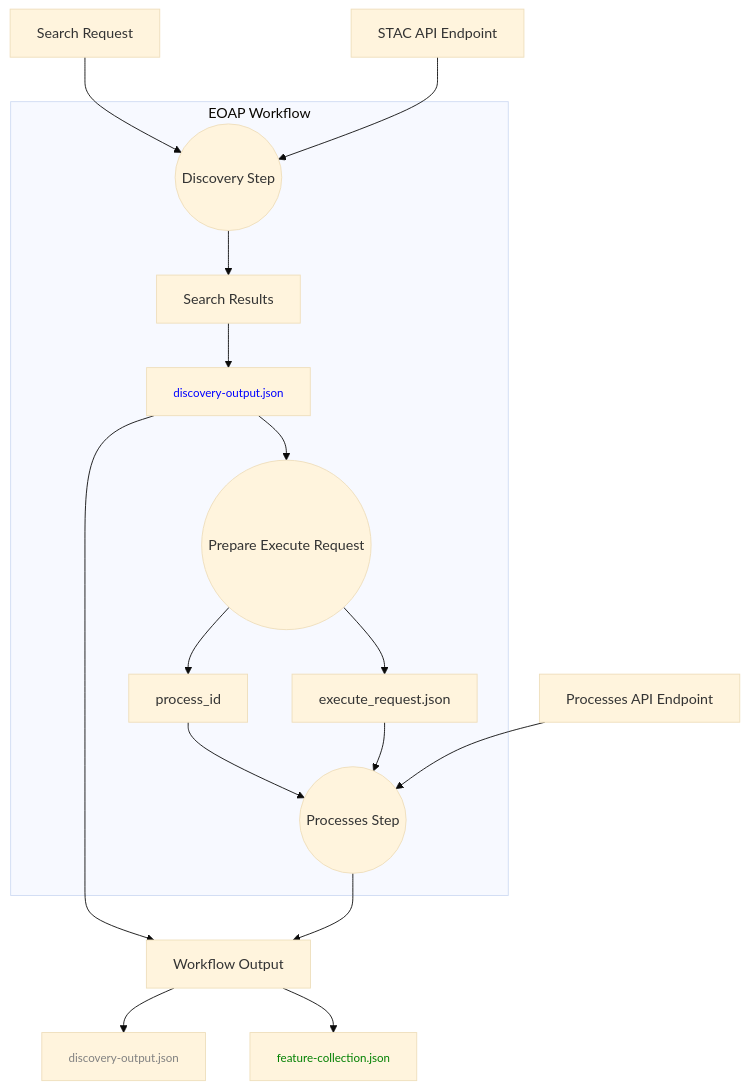
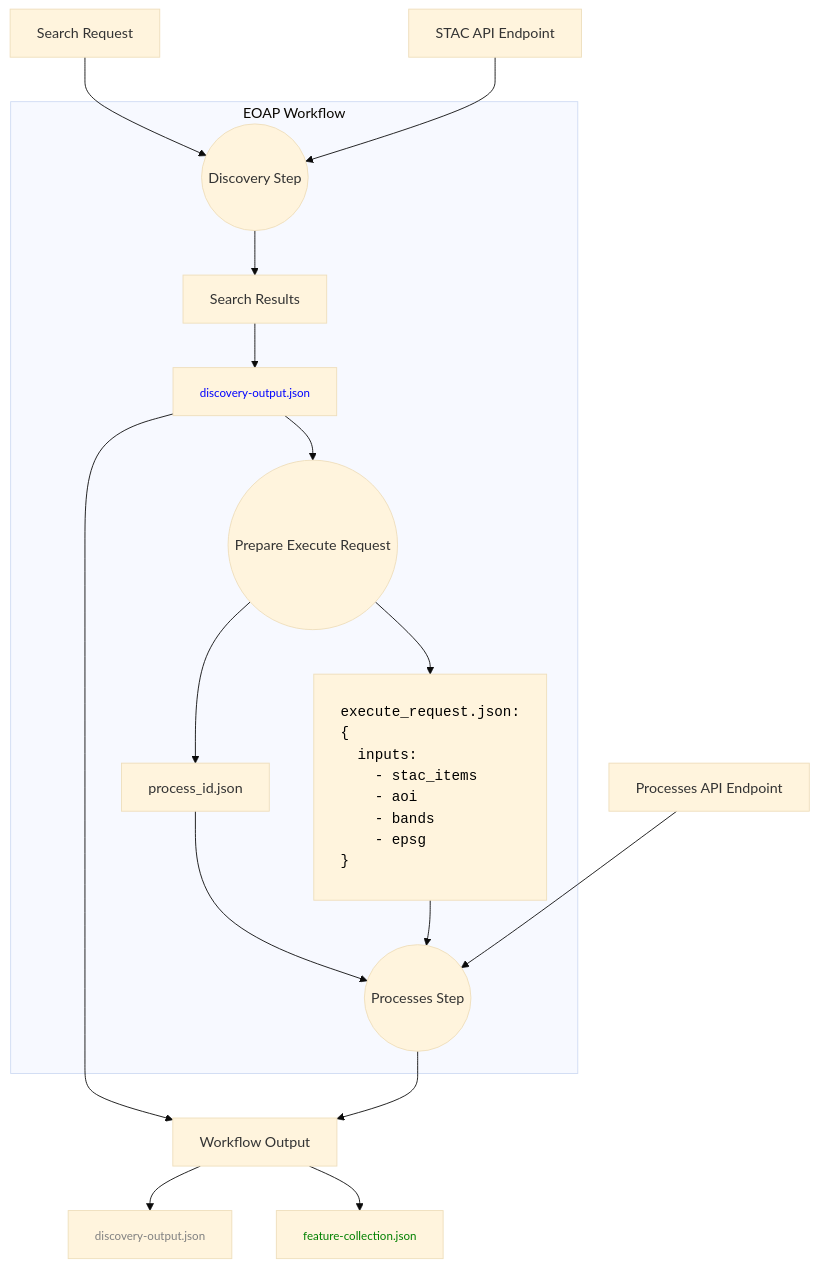
The diagram in docs/cwl-workflow/eoap-api.md (parham-membari-terradue/ogc-api-processes-with-zoo), drawn with Mermaid (base theme) before and after one commit. The commit also changed other lines of this file, not shown here.

First line of the commit message:
docs: edit workflow diagram

````diff
--- a/docs/cwl-workflow/eoap-api.md
+++ b/docs/cwl-workflow/eoap-api.md
@@ -16,29 +16,38 @@
 ```mermaid
 graph TB
   A[STAC API Endpoint] --> B(("Discovery Step"))
   P[Search Request] --> B
   B --> C1[Search Results]
   C1 --> C2["<font size=2% color='blue'>discovery-output.json</font>"]
 
   C2 --> D(("Prepare Execute Request"))
-  D --> D2[execute_request.json]
-  D --> D3[process_id]
+  D --> D2["<pre style='text-align:left; color:black;'>
+execute_request.json:
+{
+  inputs:
+    - stac_items
+    - aoi
+    - bands
+    - epsg
+}
+</pre>"]
+  D --> D3[process_id.json]
   D2 --> E(("Processes Step"))
   D3 --> E
   R[Processes API Endpoint] --> E
 
   E --> F[Workflow Output]
   C2 -->F
   F --> I["<font size=2% color='green'>feature-collection.json</font>"] 
   F --> G["<font size=2% color='gray'>discovery-output.json</font>"]
    
   subgraph EOAP Workflow
     B
     C1
     C2
     D
     D2
     D3
     E
   end
 ```
````
